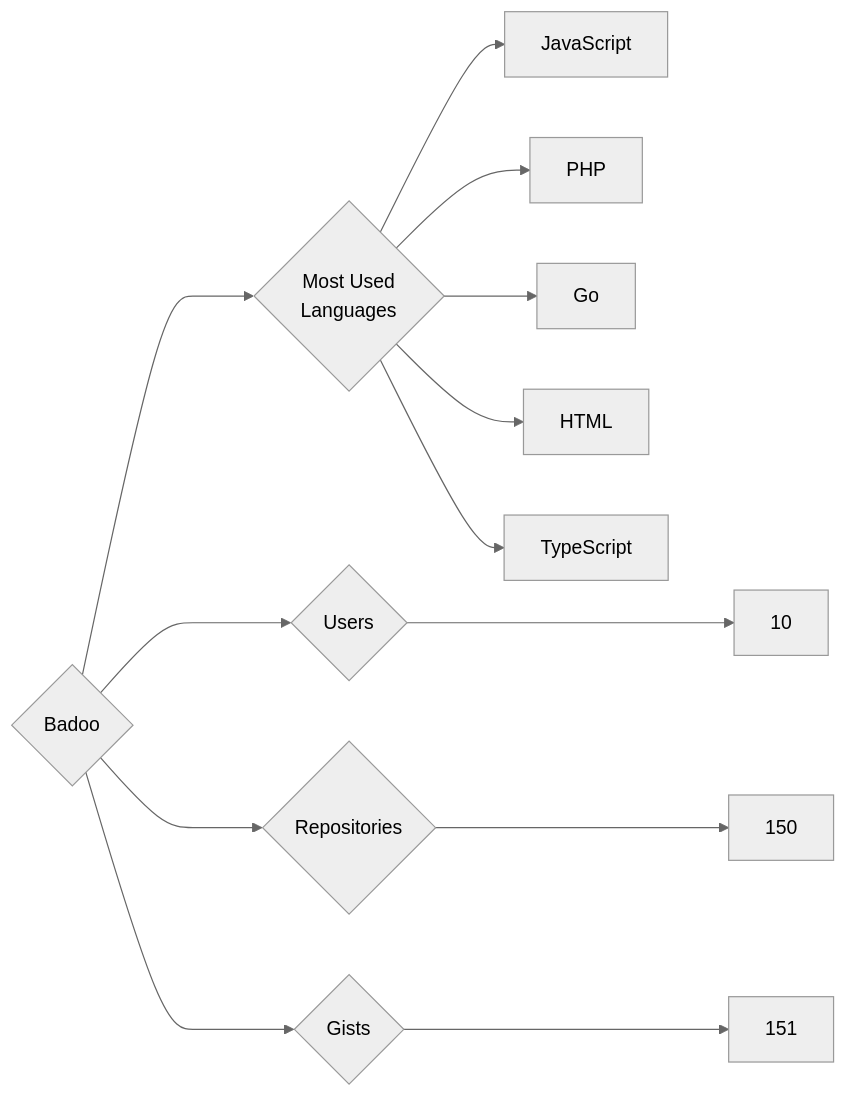
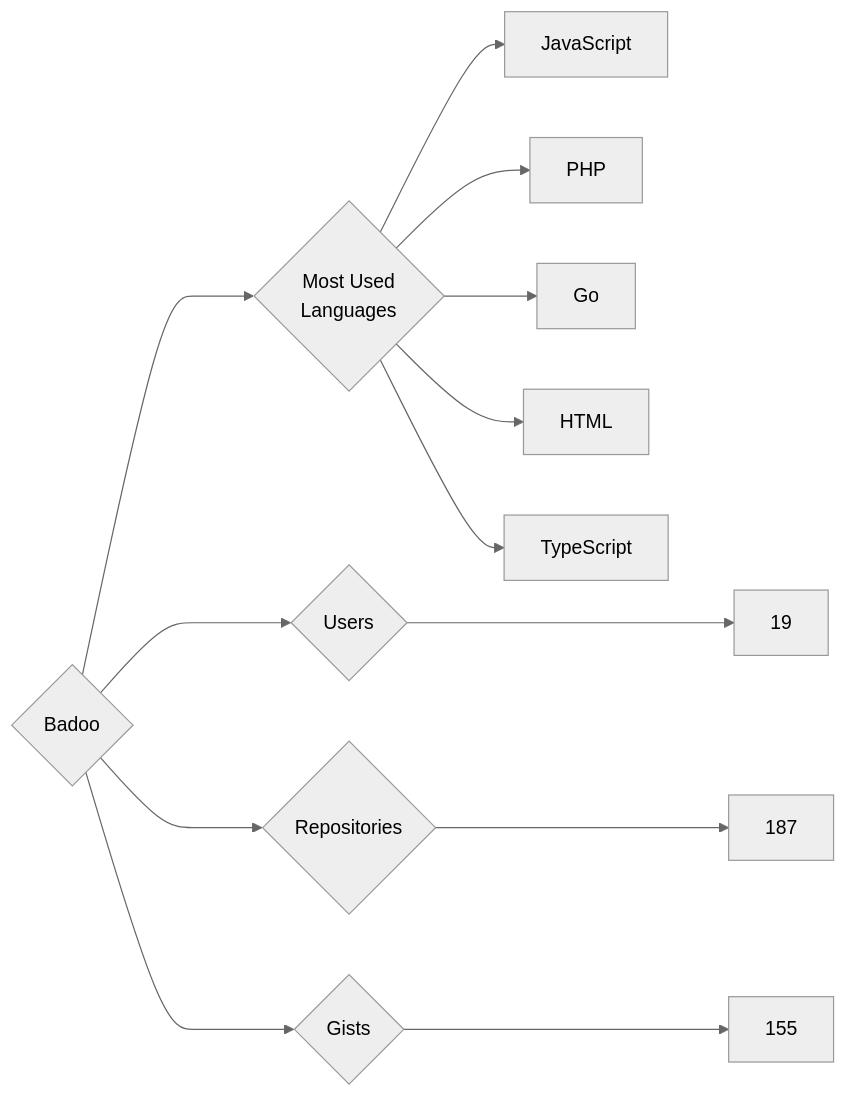
Before and after one commit to trickest/insiders: the diagram in targets/Badoo/README.md, drawn with Mermaid (neutral theme). The commit also changed 749 other files, not shown here.

````diff
--- a/targets/Badoo/README.md
+++ b/targets/Badoo/README.md
@@ -3,13 +3,13 @@
 ```mermaid
 graph LR
 COMPANY_NAME{Badoo}
-COMPANY_NAME ---> U{Users} ---> UN[10]
-COMPANY_NAME ---> R{Repositories} ---> RN[150]
-COMPANY_NAME ---> G{Gists} ---> GN[151]
+COMPANY_NAME ---> U{Users} ---> UN[19]
+COMPANY_NAME ---> R{Repositories} ---> RN[187]
+COMPANY_NAME ---> G{Gists} ---> GN[155]
 COMPANY_NAME ---> ML{Most Used<br>Languages}
 ML --> JavaScript[JavaScript]
 ML --> PHP[PHP]
 ML --> Go[Go]
 ML --> HTML[HTML]
 ML --> TypeScript[TypeScript]
 ```
````
